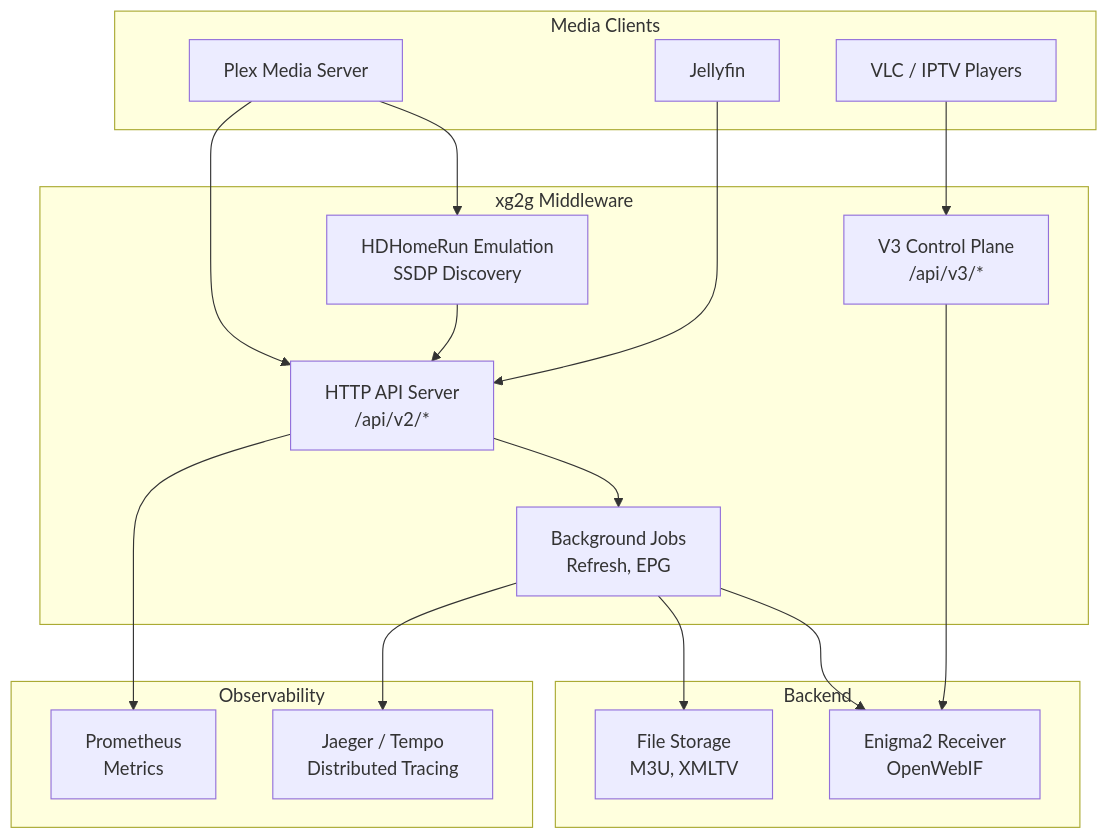
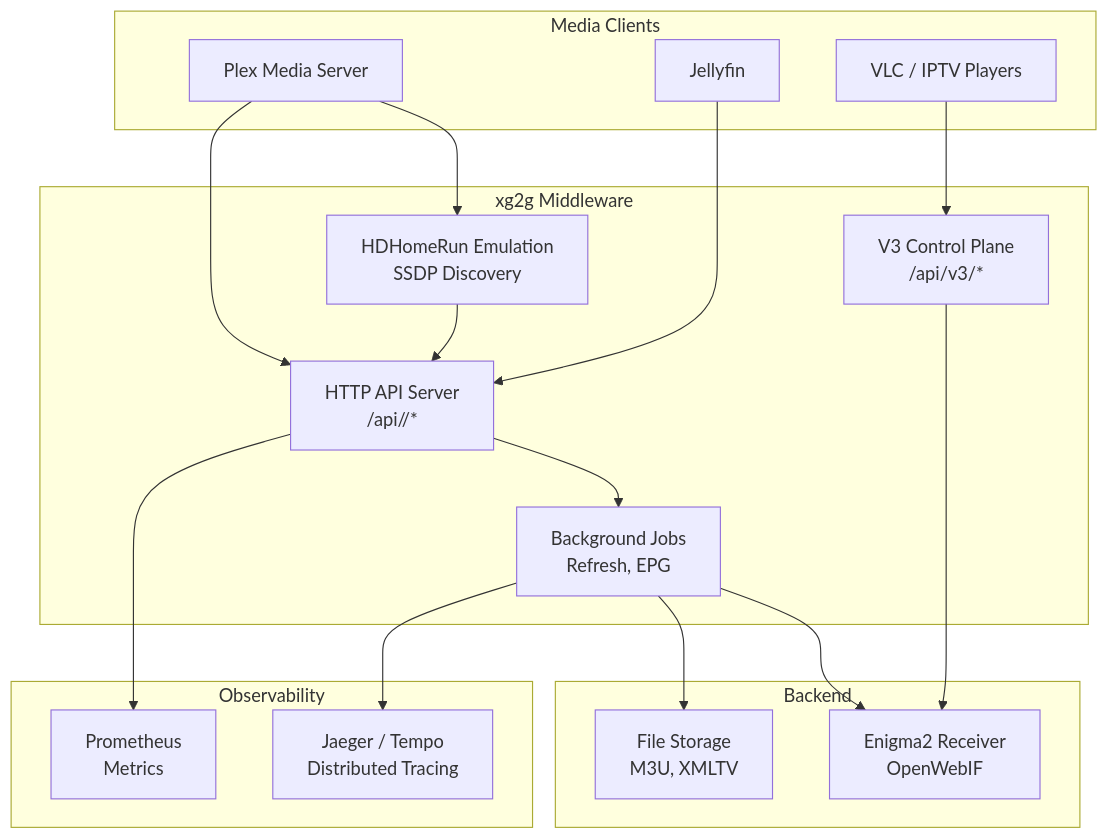
One commit to ManuGH/xg2g changed the first of 4 diagrams in docs/ARCHITECTURE.md. Above: the diagram before and after it, drawn with Mermaid. The commit also changed other lines of this file and 49 other files, not shown here.

````diff
--- a/docs/ARCHITECTURE.md
+++ b/docs/ARCHITECTURE.md
@@ -35,40 +35,40 @@
 ```mermaid
 graph TB
     subgraph "Media Clients"
         Plex[Plex Media Server]
         Jellyfin[Jellyfin]
         VLC[VLC / IPTV Players]
     end
 
     subgraph "xg2g Middleware"
-        API[HTTP API Server<br/>/api/v2/*]
+        API[HTTP API Server<br/>/api/<version>/*]
         HDHR[HDHomeRun Emulation<br/>SSDP Discovery]
         Jobs[Background Jobs<br/>Refresh, EPG]
         V3[V3 Control Plane<br/>/api/v3/*]
     end
 
     subgraph "Backend"
         Enigma2[Enigma2 Receiver<br/>OpenWebIF]
         Storage[File Storage<br/>M3U, XMLTV]
     end
 
     subgraph "Observability"
         Metrics[Prometheus<br/>Metrics]
         Traces[Jaeger / Tempo<br/>Distributed Tracing]
     end
 
     Plex --> HDHR
     Plex --> API
     Jellyfin --> API
     VLC --> V3
 
     API --> Jobs
     HDHR --> API
 
     Jobs --> Enigma2
     Jobs --> Storage
     V3 --> Enigma2
 
     API --> Metrics
     Jobs --> Traces
 ```
````
